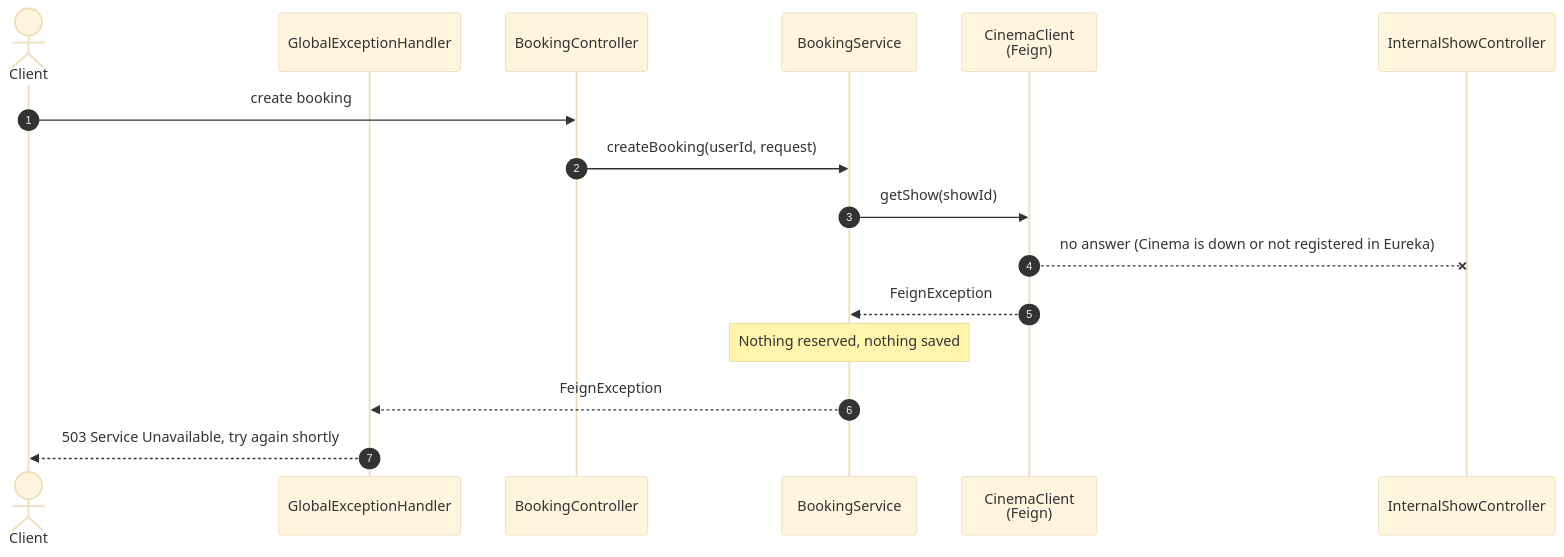
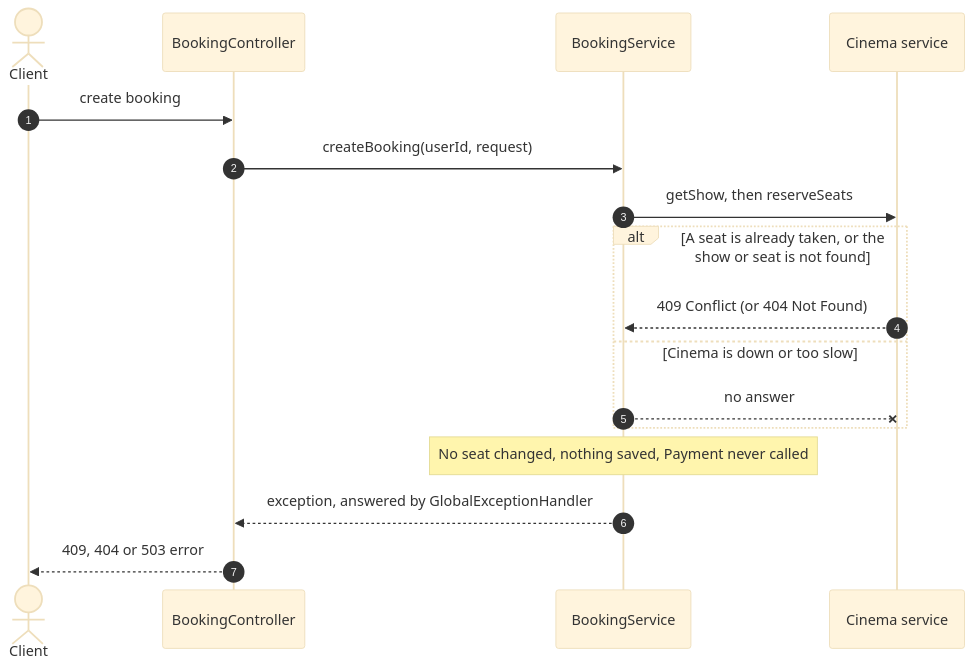
One commit to rahulmulik9/Ticket_booking_application changed the third of 4 diagrams in Phase_6_Microservices/Files/BOOKING_FLOW.md. Above: the diagram before and after it, drawn with Mermaid (base theme). The commit also changed other lines of this file and 1 other file, not shown here.

Commit message:
Updated schema

````diff
--- a/Phase_6_Microservices/Files/BOOKING_FLOW.md
+++ b/Phase_6_Microservices/Files/BOOKING_FLOW.md
@@ -211,19 +165,22 @@
 ```mermaid
 sequenceDiagram
     autonumber
     actor Client
-    participant EH as GlobalExceptionHandler
     participant BC as BookingController
     participant BS as BookingService
-    participant CC as CinemaClient<br/>(Feign)
-    participant ISC as InternalShowController
+    participant CIN as Cinema service
 
     Client->>BC: create booking
     BC->>BS: createBooking(userId, request)
-    BS->>CC: getShow(showId)
-    CC--xISC: no answer (Cinema is down or not registered in Eureka)
-    CC-->>BS: FeignException
-    Note over BS: Nothing reserved, nothing saved
-    BS-->>EH: FeignException
-    EH-->>Client: 503 Service Unavailable, try again shortly
+    BS->>CIN: getShow, then reserveSeats
+
+    alt A seat is already taken, or the show or seat is not found
+        CIN-->>BS: 409 Conflict (or 404 Not Found)
+    else Cinema is down or too slow
+        BS--xCIN: no answer
+    end
+
+    Note over BS: No seat changed, nothing saved, Payment never called
+    BS-->>BC: exception, answered by GlobalExceptionHandler
+    BC-->>Client: 409, 404 or 503 error
 ```
````
